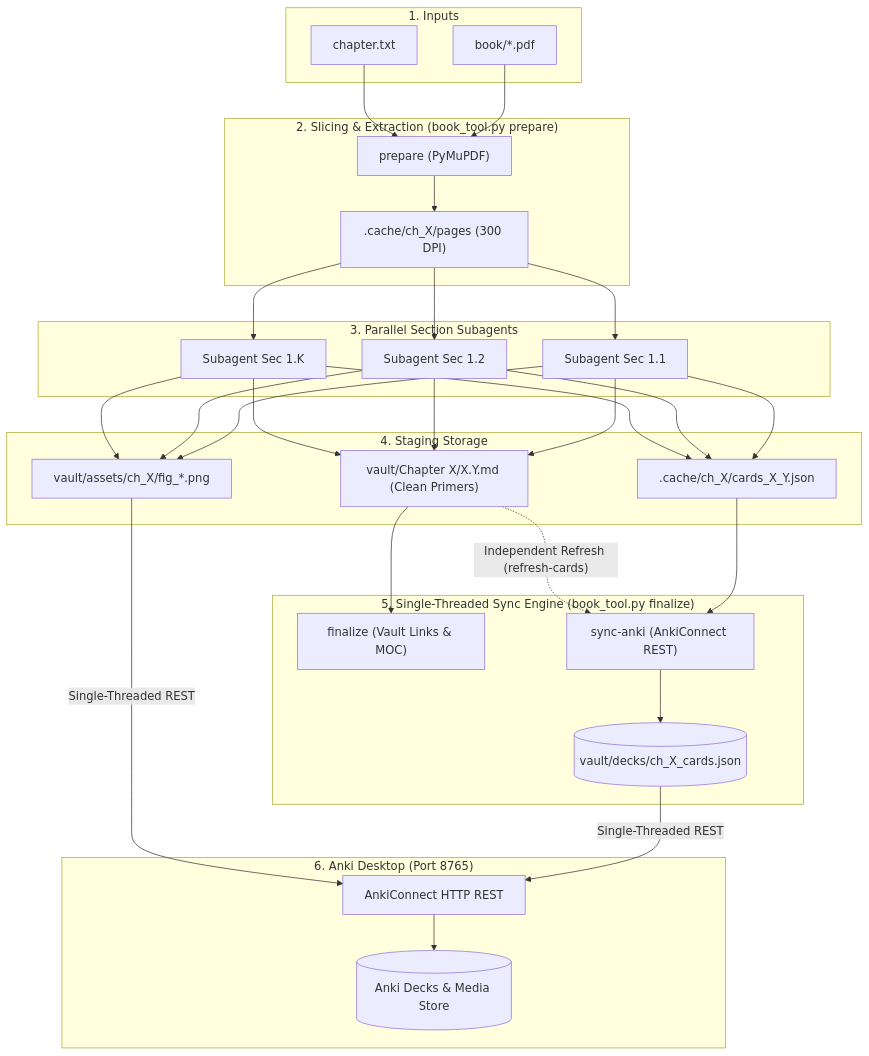
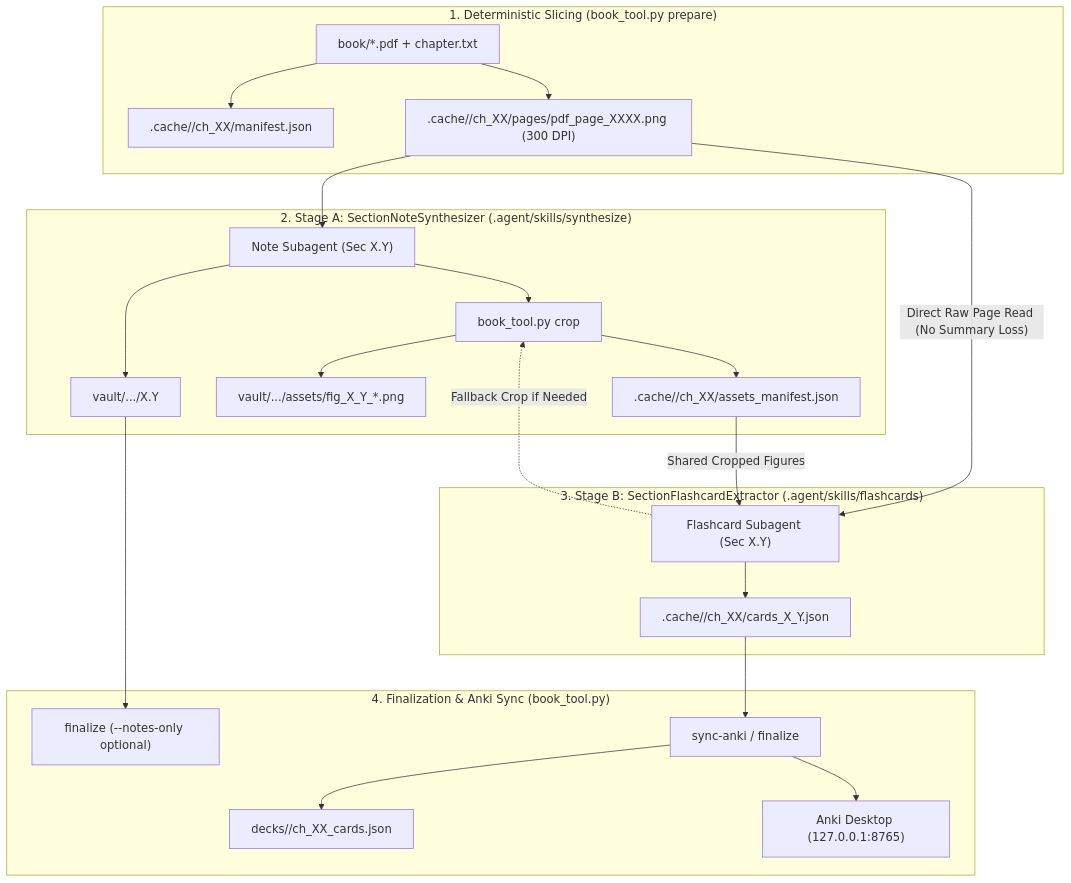
Before and after one commit to Luca-Gale/book-synthesizer: the diagram in TECH_SPEC.md, drawn with Mermaid. The commit also changed other lines of this file and 4 other files, not shown here.

````diff
--- a/TECH_SPEC.md
+++ b/TECH_SPEC.md
@@ -58,49 +66,47 @@
 ```mermaid
 flowchart TD
-    subgraph Input ["1. Inputs"]
-        PDF["book/*.pdf"]
-        Ch["chapter.txt"]
+    subgraph Prep ["1. Deterministic Slicing (book_tool.py prepare)"]
+        PDF["book/*.pdf + chapter.txt"]
+        Manifest[".cache/<book>/ch_XX/manifest.json"]
+        Pages[".cache/<book>/ch_XX/pages/pdf_page_XXXX.png (300 DPI)"]
     end
 
-    subgraph Prep ["2. Slicing & Extraction (book_tool.py prepare)"]
-        Prepare["prepare (PyMuPDF)"]
-        Pages[".cache/ch_X/pages (300 DPI)"]
+    subgraph StageA ["2. Stage A: SectionNoteSynthesizer (.agent/skills/synthesize)"]
+        NoteWorker["Note Subagent (Sec X.Y)"]
+        CropTool["book_tool.py crop"]
+        AssetManifest[".cache/<book>/ch_XX/assets_manifest.json"]
+        VaultAssets["vault/.../assets/fig_X_Y_*.png"]
+        VaultNotes["vault/.../X.Y <Title>.md"]
     end
 
-    subgraph Workers ["3. Parallel Section Subagents"]
-        Sec1["Subagent Sec 1.1"]
-        Sec2["Subagent Sec 1.2"]
-        SecK["Subagent Sec 1.K"]
+    subgraph StageB ["3. Stage B: SectionFlashcardExtractor (.agent/skills/flashcards)"]
+        CardWorker["Flashcard Subagent (Sec X.Y)"]
+        ScratchCards[".cache/<book>/ch_XX/cards_X_Y.json"]
     end
 
-    subgraph Staging ["4. Staging Storage"]
-        NoteFiles["vault/Chapter X/X.Y.md (Clean Primers)"]
-        Assets["vault/assets/ch_X/fig_*.png"]
-        ScratchCards[".cache/ch_X/cards_X_Y.json"]
+    subgraph Sync ["4. Finalization & Anki Sync (book_tool.py)"]
+        FinNotes["finalize (--notes-only optional)"]
+        SyncAnki["sync-anki / finalize"]
+        DeckLedger["decks/<book>/ch_XX_cards.json"]
+        AnkiConnect["Anki Desktop (127.0.0.1:8765)"]
     end
 
-    subgraph Finalizer ["5. Single-Threaded Sync Engine (book_tool.py finalize)"]
-        Finalize["finalize (Vault Links & MOC)"]
-        AnkiSyncEngine["sync-anki (AnkiConnect REST)"]
-        Ledger[("vault/decks/ch_X_cards.json")]
-    end
+    PDF --> Manifest
+    PDF --> Pages
 
-    subgraph AnkiDesktop ["6. Anki Desktop (Port 8765)"]
-        AnkiAPI["AnkiConnect HTTP REST"]
-        AnkiProfile[("Anki Decks & Media Store")]
-    end
+    Pages --> NoteWorker
+    NoteWorker --> CropTool
+    CropTool --> VaultAssets
+    CropTool --> AssetManifest
+    NoteWorker --> VaultNotes
 
-    PDF & Ch --> Prepare
-    Prepare --> Pages
-    Pages --> Sec1 & Sec2 & SecK
-    Sec1 --> NoteFiles & Assets & ScratchCards
-    Sec2 --> NoteFiles & Assets & ScratchCards
-    SecK --> NoteFiles & Assets & ScratchCards
-    ScratchCards --> AnkiSyncEngine
-    NoteFiles --> Finalize
-    AnkiSyncEngine --> Ledger
-    Ledger & Assets -->|"Single-Threaded REST"| AnkiAPI
-    AnkiAPI --> AnkiProfile
+    Pages -->|"Direct Raw Page Read (No Summary Loss)"| CardWorker
+    AssetManifest -->|"Shared Cropped Figures"| CardWorker
+    CardWorker -.->|"Fallback Crop if Needed"| CropTool
+    CardWorker --> ScratchCards
 
-    NoteFiles -.->|"Independent Refresh (refresh-cards)"| AnkiSyncEngine
+    VaultNotes --> FinNotes
+    ScratchCards --> SyncAnki
+    SyncAnki --> DeckLedger
+    SyncAnki --> AnkiConnect
 ```
````
